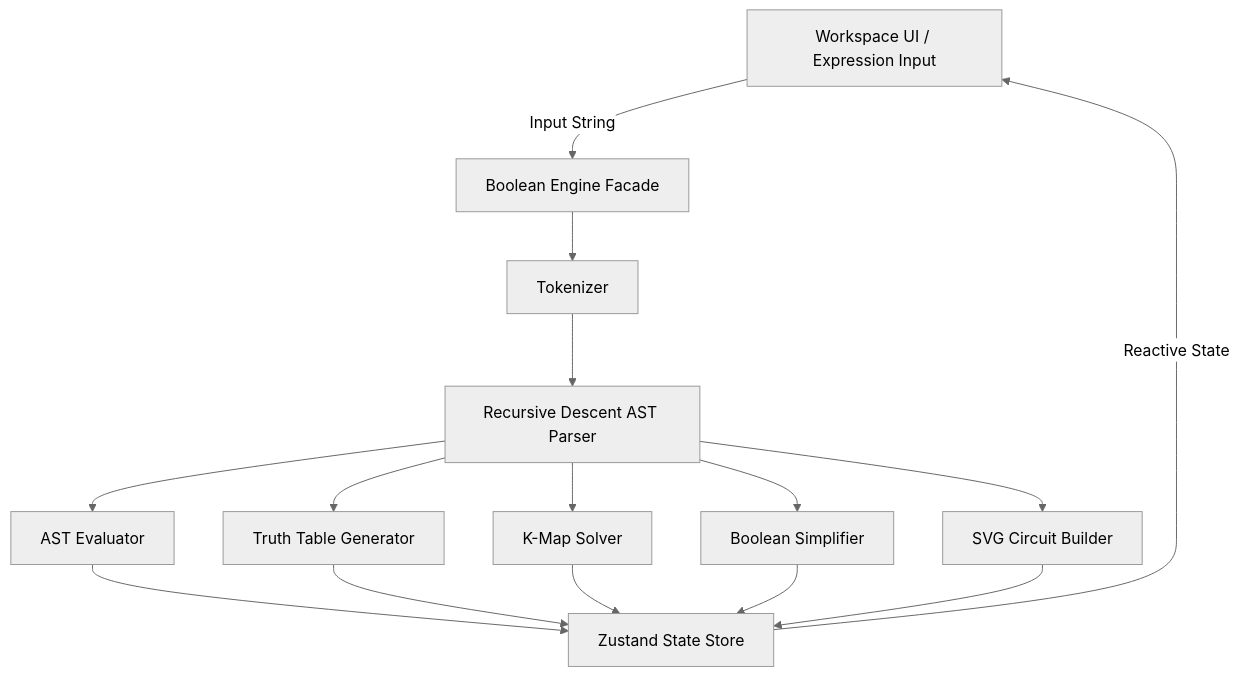
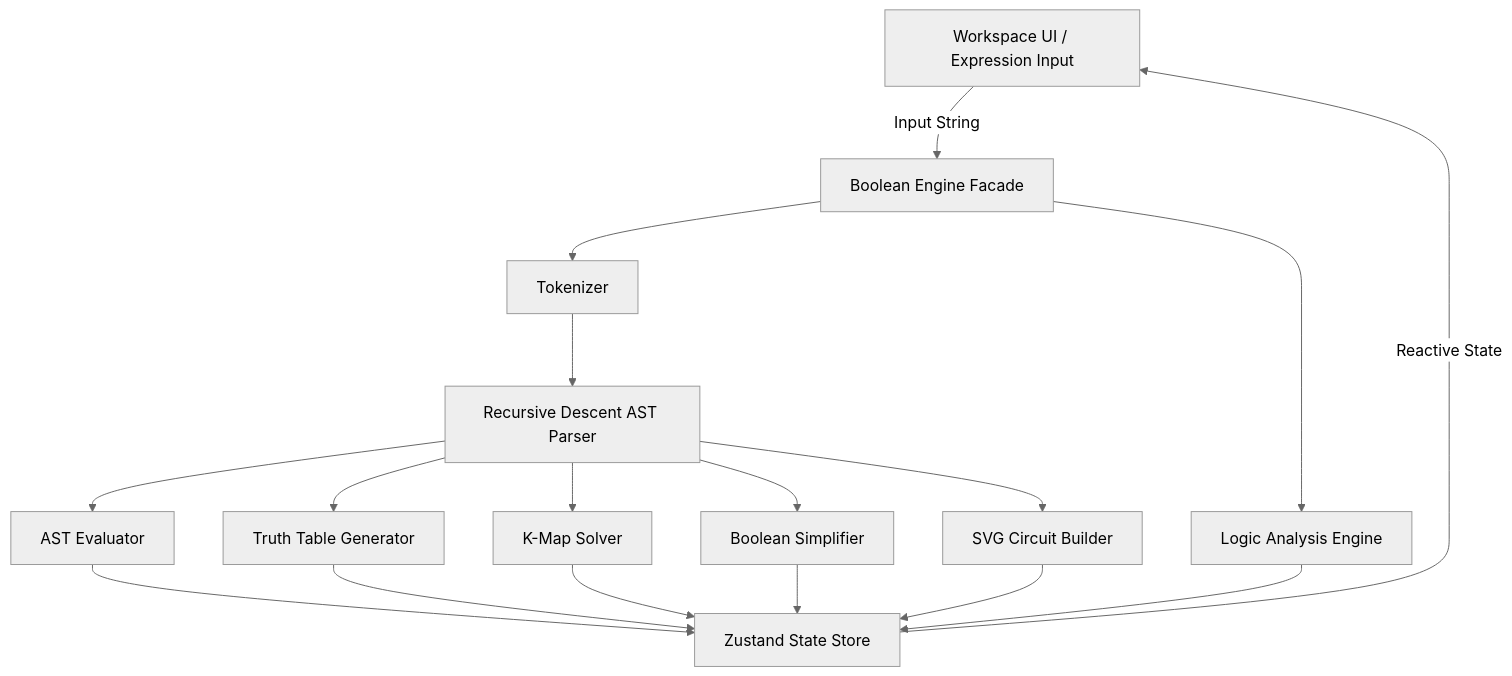
One commit to rajas2007/BoolStudio changed the diagram in docs/ARCHITECTURE.md. Above: the diagram before and after it, drawn with Mermaid (neutral theme). The commit also changed 17 other files, not shown here.

````diff
--- a/docs/ARCHITECTURE.md
+++ b/docs/ARCHITECTURE.md
@@ -6,17 +6,19 @@
 ```mermaid
 graph TD
     UI[Workspace UI / Expression Input] --> |Input String| Engine[Boolean Engine Facade]
     Engine --> Tokenizer[Tokenizer]
     Tokenizer --> Parser[Recursive Descent AST Parser]
     Parser --> Evaluator[AST Evaluator]
     Parser --> TT[Truth Table Generator]
     Parser --> KMap[K-Map Solver]
     Parser --> Simp[Boolean Simplifier]
     Parser --> Circuit[SVG Circuit Builder]
+    Engine --> Analysis[Logic Analysis Engine]
     Evaluator --> Store[Zustand State Store]
     TT --> Store
     KMap --> Store
     Simp --> Store
     Circuit --> Store
+    Analysis --> Store
     Store --> |Reactive State| UI
 ```
````
